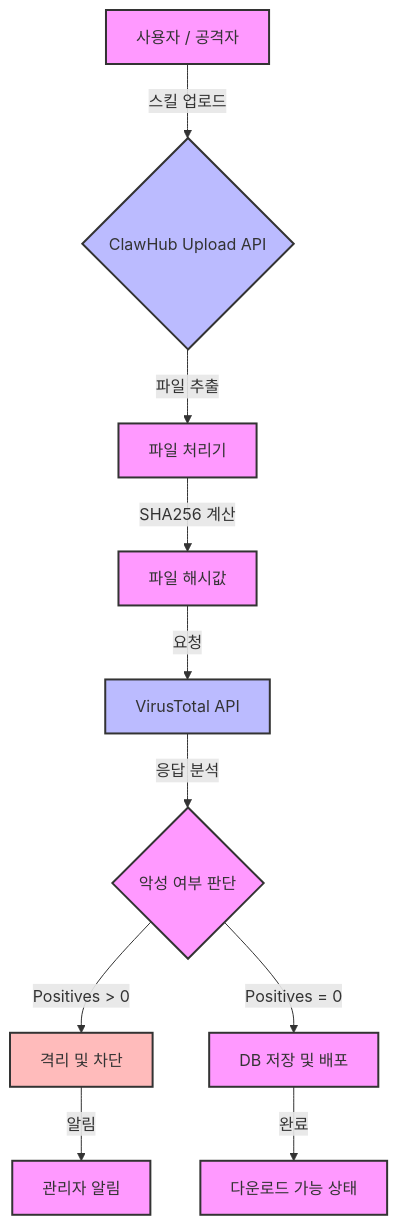
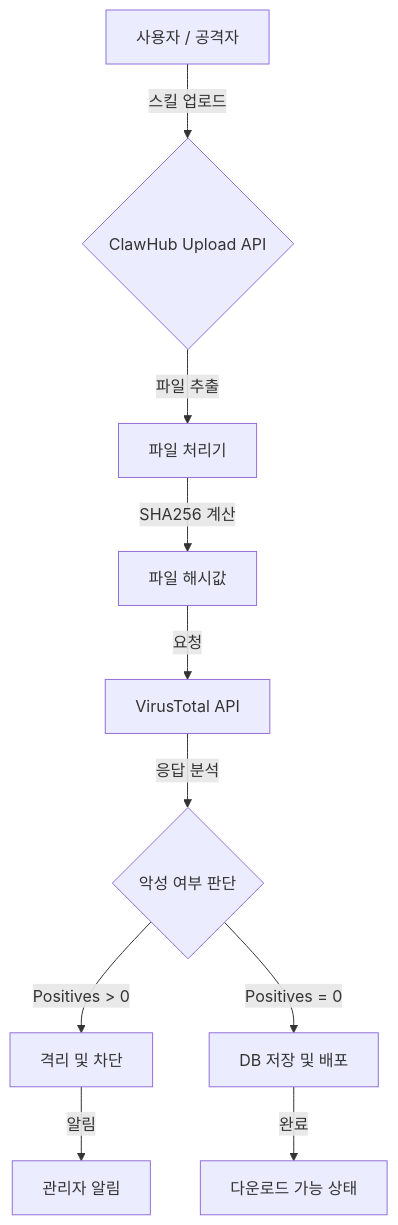
One commit to rebugui/rebugui.github.io changed the diagram in content/post/보안/-OpenClaw-VirusTotal-연동으로-ClawHub-악성-스킬-탐지/index.md. Above: the diagram before and after it, drawn with Mermaid. The commit also changed 14 other files, not shown here.

First line of the commit message:
fix: 최근 3일간 블로그 Mermaid 다이어그램 스타일 제거

````diff
--- a/content/post/보안/-OpenClaw-VirusTotal-연동으로-ClawHub-악성-스킬-탐지/index.md
+++ b/content/post/보안/-OpenClaw-VirusTotal-연동으로-ClawHub-악성-스킬-탐지/index.md
@@ -33,26 +33,16 @@
 ```mermaid
 graph TD
     User[사용자 / 공격자] -->|스킬 업로드| Upload{ClawHub Upload API}
     Upload -->|파일 추출| FileProcessor[파일 처리기]
     FileProcessor -->|SHA256 계산| Hash[파일 해시값]
     Hash -->|요청| VTCheck[VirusTotal API]
     
     VTCheck -->|응답 분석| Decision{악성 여부 판단}
     
     Decision -->|Positives > 0| Quarantine[격리 및 차단]
     Decision -->|Positives = 0| DBStore[DB 저장 및 배포]
     
     Quarantine -->|알림| AdminNotify[관리자 알림]
     DBStore -->|완료| Success[다운로드 가능 상태]
     
-    style User fill:#f9f,stroke:#333,stroke-width:2px
-    style Upload fill:#bbf,stroke:#333,stroke-width:2px
-    style FileProcessor fill:#f9f,stroke:#333,stroke-width:2px
-    style Hash fill:#f9f,stroke:#333,stroke-width:2px
-    style VTCheck fill:#bbf,stroke:#333,stroke-width:2px
-    style Decision fill:#f9f,stroke:#333,stroke-width:2px
-    style Quarantine fill:#fbb,stroke:#333,stroke-width:2px
-    style DBStore fill:#f9f,stroke:#333,stroke-width:2px
-    style AdminNotify fill:#f9f,stroke:#333,stroke-width:2px
-    style Success fill:#f9f,stroke:#333,stroke-width:2px
 ```
````
